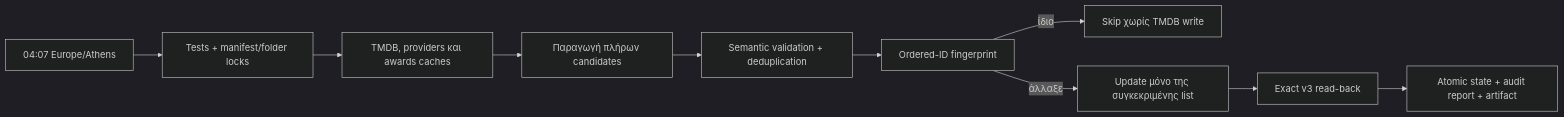
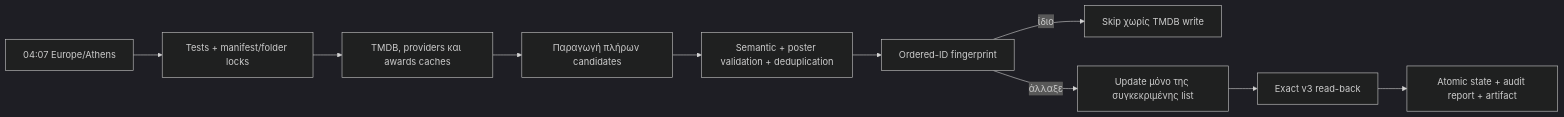
The diagram in README.md (nosvasedis/Nuvio-Collections), drawn with Mermaid (dark theme) before and after one commit. The commit also changed other lines of this file and 16 other files, not shown here.

Commit message:
Release poster-safe semantic rail revamp

````diff
--- a/README.md
+++ b/README.md
@@ -199,12 +219,12 @@
 ```mermaid
 flowchart LR
     A["04:07 Europe/Athens"] --> B["Tests + manifest/folder locks"]
     B --> C["TMDB, providers και awards caches"]
     C --> D["Παραγωγή πλήρων candidates"]
-    D --> E["Semantic validation + deduplication"]
+    D --> E["Semantic + poster validation + deduplication"]
     E --> F["Ordered-ID fingerprint"]
     F -->|"ίδιο"| G["Skip χωρίς TMDB write"]
     F -->|"άλλαξε"| H["Update μόνο της συγκεκριμένης list"]
     H --> I["Exact v3 read-back"]
     I --> J["Atomic state + audit report + artifact"]
 ```
````
